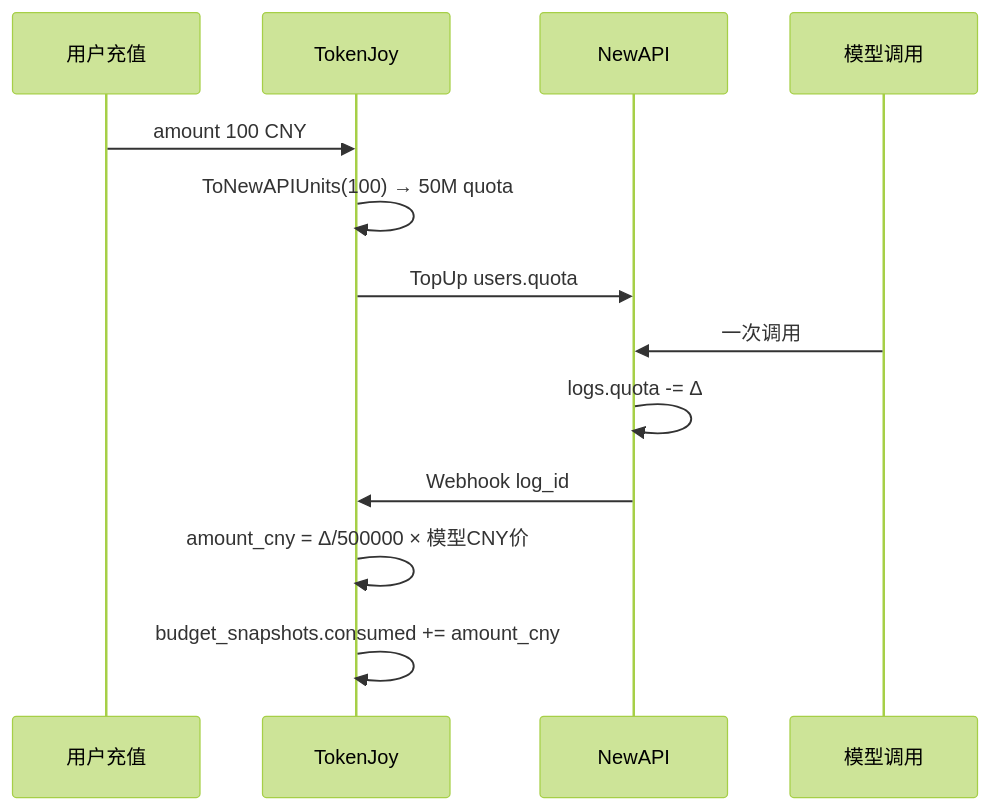
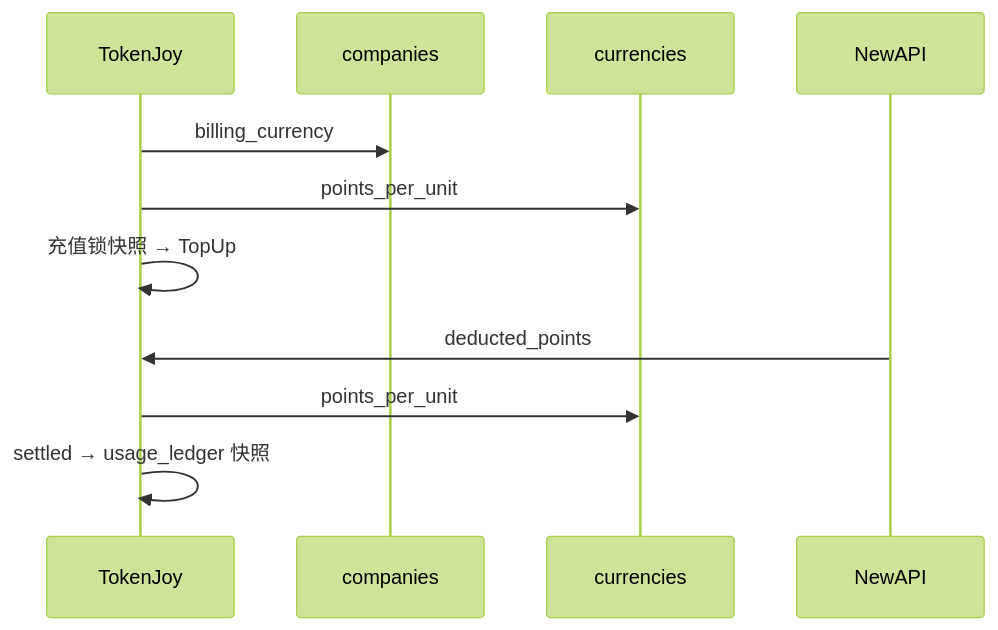
Before and after one commit to quyip8818/mytokenjoy: the diagram in docs/Backend-计费单位.md, drawn with Mermaid (forest theme). The commit also changed other lines of this file and 131 other files, not shown here.

````diff
--- a/docs/Backend-计费单位.md
+++ b/docs/Backend-计费单位.md
@@ -180,17 +150,15 @@
 ```mermaid
 sequenceDiagram
-  participant U as 用户充值
   participant TJ as TokenJoy
+  participant CO as companies
+  participant CUR as currencies
   participant NA as NewAPI
-  participant LLM as 模型调用
 
-  U->>TJ: amount 100 CNY
-  TJ->>TJ: ToNewAPIUnits(100) → 50M quota
-  TJ->>NA: TopUp users.quota
+  TJ->>CO: billing_currency
+  TJ->>CUR: points_per_unit
+  TJ->>TJ: 充值锁快照 → TopUp
 
-  LLM->>NA: 一次调用
-  NA->>NA: logs.quota -= Δ
-  NA->>TJ: Webhook log_id
-  TJ->>TJ: amount_cny = Δ/500000 × 模型CNY价
-  TJ->>TJ: budget_snapshots.consumed += amount_cny
+  NA->>TJ: deducted_points
+  TJ->>CUR: points_per_unit
+  TJ->>TJ: settled → usage_ledger 快照
 ```
````
